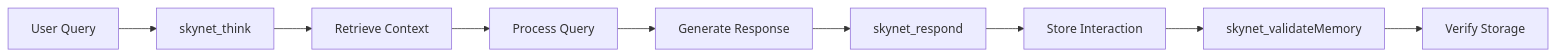
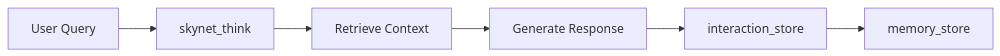
One commit to patgpt/skynet changed the diagram in README.md. Above: the diagram before and after it, drawn with Mermaid. The commit also changed other lines of this file and 42 other files, not shown here.

````diff
--- a/README.md
+++ b/README.md
@@ -268,11 +265,8 @@
 ```mermaid
 graph LR
-    A[User Query] --> B[skynet_think]
-    B --> C[Retrieve Context]
-    C --> D[Process Query]
-    D --> E[Generate Response]
-    E --> F[skynet_respond]
-    F --> G[Store Interaction]
-    G --> H[skynet_validateMemory]
-    H --> I[Verify Storage]
+	A[User Query] --> B[skynet_think]
+	B --> C[Retrieve Context]
+	C --> D[Generate Response]
+	D --> E[interaction_store]
+	E --> F[memory_store]
 ```
````
